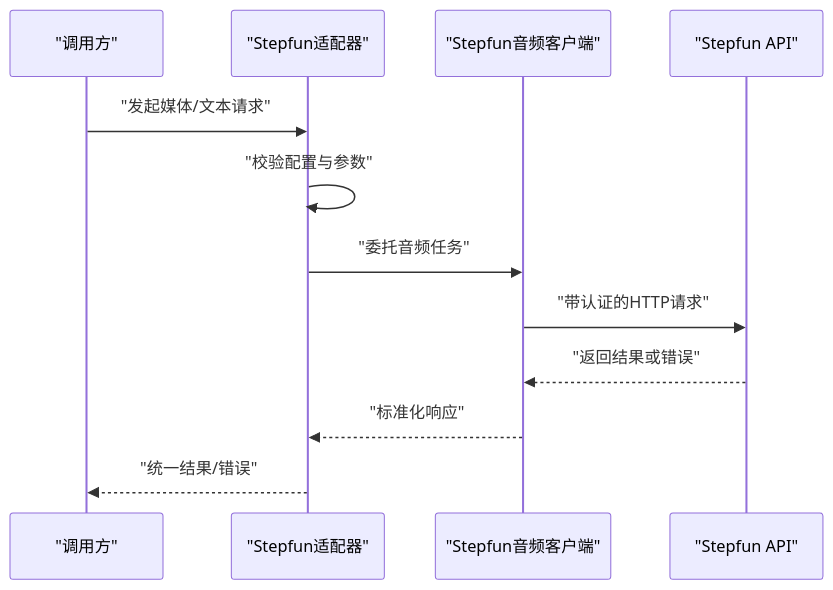
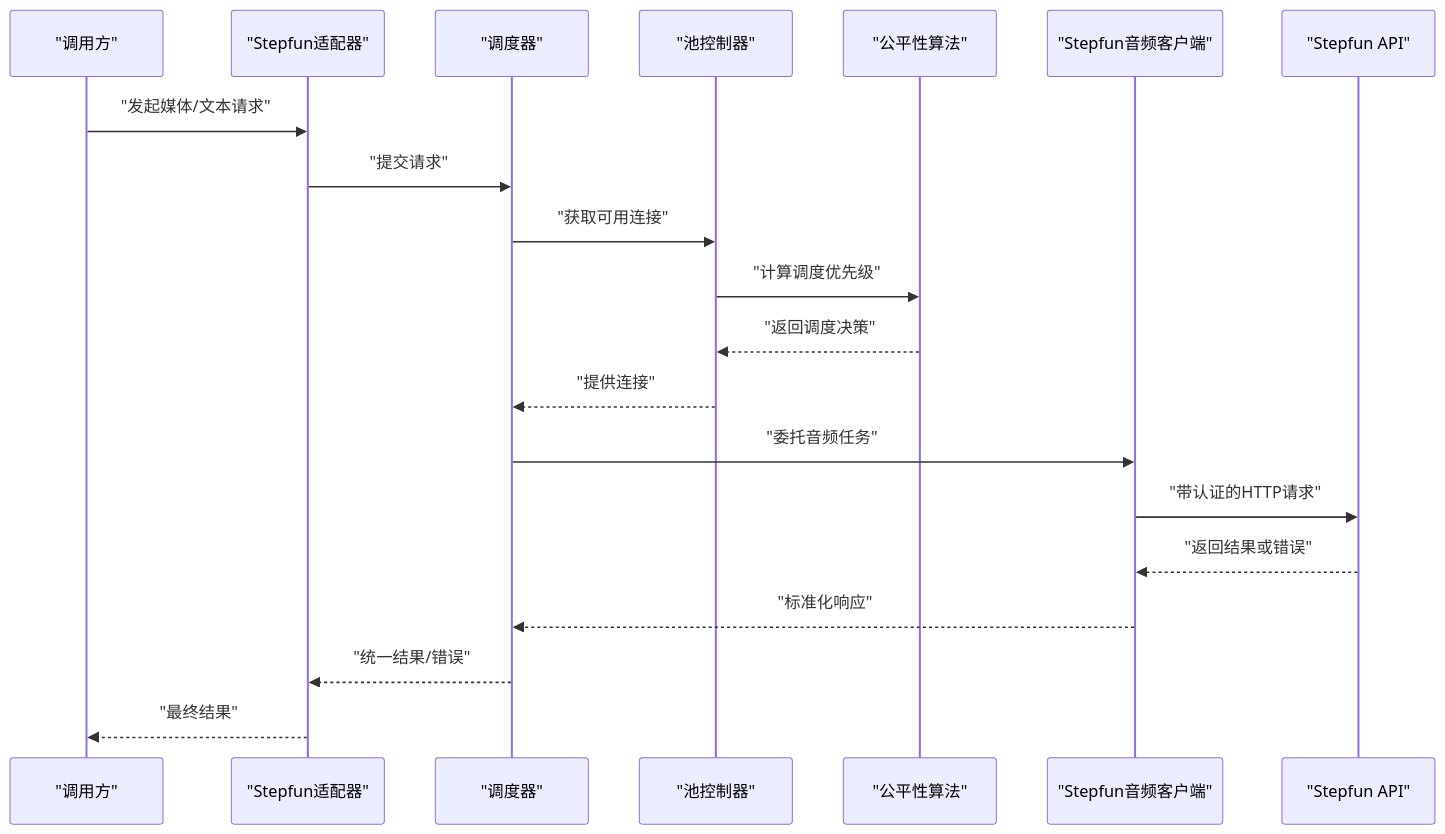
The second of 3 diagrams in .qoder/repowiki/zh/content/AI系统集成/Stepfun适配器.md (scottcwy/PurpleInk), drawn with Mermaid before and after one commit. The commit also changed other lines of this file and 23 other files, not shown here.

````diff
--- a/.qoder/repowiki/zh/content/AI系统集成/Stepfun适配器.md
+++ b/.qoder/repowiki/zh/content/AI系统集成/Stepfun适配器.md
@@ -74,14 +113,22 @@
 ```mermaid
 sequenceDiagram
 participant Caller as "调用方"
 participant Adapter as "Stepfun适配器"
+participant Dispatcher as "调度器"
+participant Pool as "池控制器"
+participant Fairness as "公平性算法"
 participant AudioClient as "Stepfun音频客户端"
 participant API as "Stepfun API"
 Caller->>Adapter : "发起媒体/文本请求"
-Adapter->>Adapter : "校验配置与参数"
-Adapter->>AudioClient : "委托音频任务"
+Adapter->>Dispatcher : "提交请求"
+Dispatcher->>Pool : "获取可用连接"
+Pool->>Fairness : "计算调度优先级"
+Fairness-->>Pool : "返回调度决策"
+Pool-->>Dispatcher : "提供连接"
+Dispatcher->>AudioClient : "委托音频任务"
 AudioClient->>API : "带认证的HTTP请求"
 API-->>AudioClient : "返回结果或错误"
-AudioClient-->>Adapter : "标准化响应"
-Adapter-->>Caller : "统一结果/错误"
+AudioClient-->>Dispatcher : "标准化响应"
+Dispatcher-->>Adapter : "统一结果/错误"
+Adapter-->>Caller : "最终结果"
 ```
````
